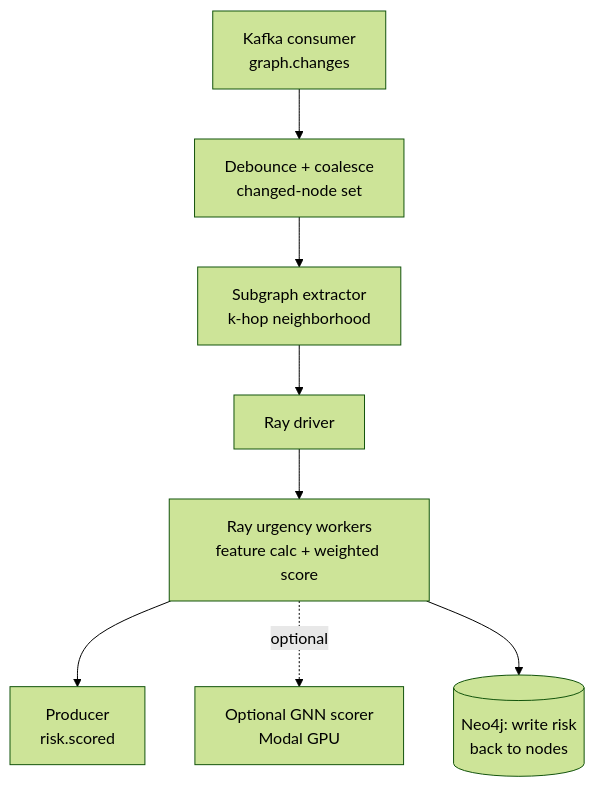
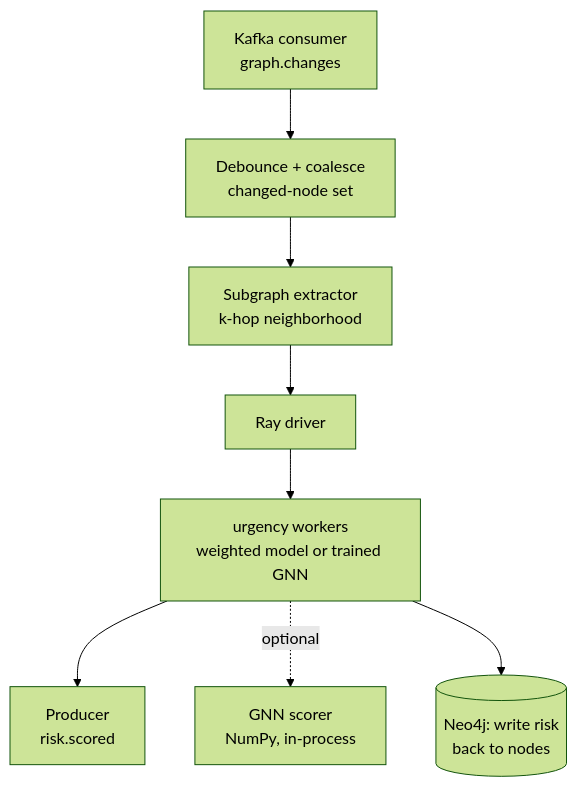
One commit to Joe-uwu/context-graph-agent changed the fourth of 6 diagrams in docs/architecture/architecture.md. Above: the diagram before and after it, drawn with Mermaid (forest theme). The commit also changed other lines of this file and 9 other files, not shown here.

````diff
--- a/docs/architecture/architecture.md
+++ b/docs/architecture/architecture.md
@@ -138,15 +140,15 @@
 ```mermaid
 graph TB
     changes[Kafka consumer<br/>graph.changes]
     debounce[Debounce + coalesce<br/>changed-node set]
     subg[Subgraph extractor<br/>k-hop neighborhood]
     driver[Ray driver]
-    workers[Ray urgency workers<br/>feature calc + weighted score]
-    gnn[Optional GNN scorer<br/>Modal GPU]
+    workers[urgency workers<br/>weighted model or trained GNN]
+    gnn[GNN scorer<br/>NumPy, in-process]
     emit[Producer<br/>risk.scored]
     store[(Neo4j: write risk<br/>back to nodes)]
 
     changes --> debounce --> subg --> driver --> workers --> emit
     workers -.optional.-> gnn
     workers --> store
 ```
````
